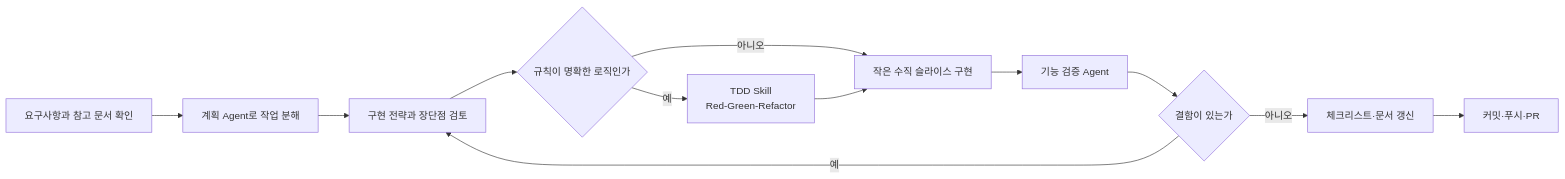
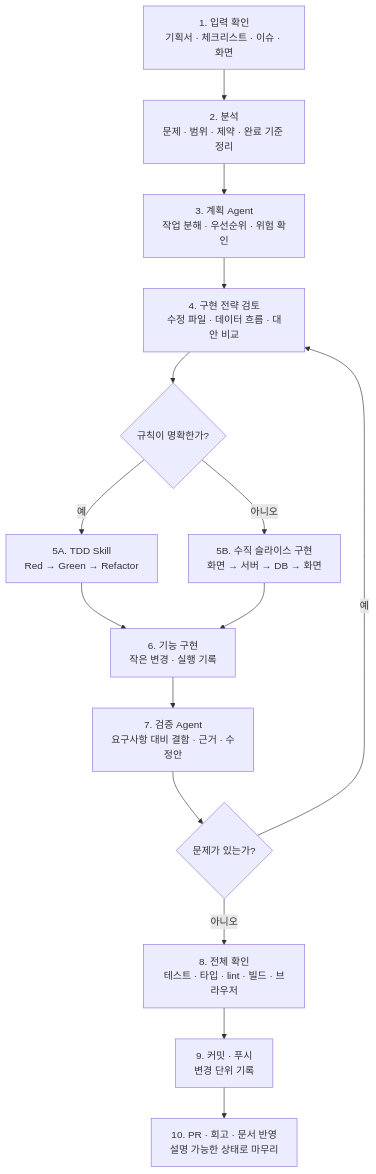
The diagram in docs/ai-workflow.md (Mureung1/hub-showcase), drawn with Mermaid before and after one commit. The commit also changed other lines of this file and 5 other files, not shown here.

````diff
--- a/docs/ai-workflow.md
+++ b/docs/ai-workflow.md
@@ -9,14 +30,17 @@
 ```mermaid
-flowchart LR
-    A[요구사항과 참고 문서 확인] --> B[계획 Agent로 작업 분해]
-    B --> C[구현 전략과 장단점 검토]
-    C --> D{규칙이 명확한 로직인가}
-    D -->|예| E[TDD Skill<br/>Red-Green-Refactor]
-    D -->|아니오| F[작은 수직 슬라이스 구현]
-    E --> F
-    F --> G[기능 검증 Agent]
-    G --> H{결함이 있는가}
-    H -->|예| C
-    H -->|아니오| I[체크리스트·문서 갱신]
-    I --> J[커밋·푸시·PR]
+flowchart TB
+    A["1. 입력 확인<br/>기획서 · 체크리스트 · 이슈 · 화면"] --> B["2. 분석<br/>문제 · 범위 · 제약 · 완료 기준 정리"]
+    B --> C["3. 계획 Agent<br/>작업 분해 · 우선순위 · 위험 확인"]
+    C --> D["4. 구현 전략 검토<br/>수정 파일 · 데이터 흐름 · 대안 비교"]
+    D --> E{"규칙이 명확한가?"}
+    E -->|"예"| F["5A. TDD Skill<br/>Red → Green → Refactor"]
+    E -->|"아니오"| G["5B. 수직 슬라이스 구현<br/>화면 → 서버 → DB → 화면"]
+    F --> H["6. 기능 구현<br/>작은 변경 · 실행 기록"]
+    G --> H
+    H --> I["7. 검증 Agent<br/>요구사항 대비 결함 · 근거 · 수정안"]
+    I --> J{"문제가 있는가?"}
+    J -->|"예"| D
+    J -->|"아니오"| K["8. 전체 확인<br/>테스트 · 타입 · lint · 빌드 · 브라우저"]
+    K --> L["9. 커밋 · 푸시<br/>변경 단위 기록"]
+    L --> M["10. PR · 회고 · 문서 반영<br/>설명 가능한 상태로 마무리"]
 ```
````
